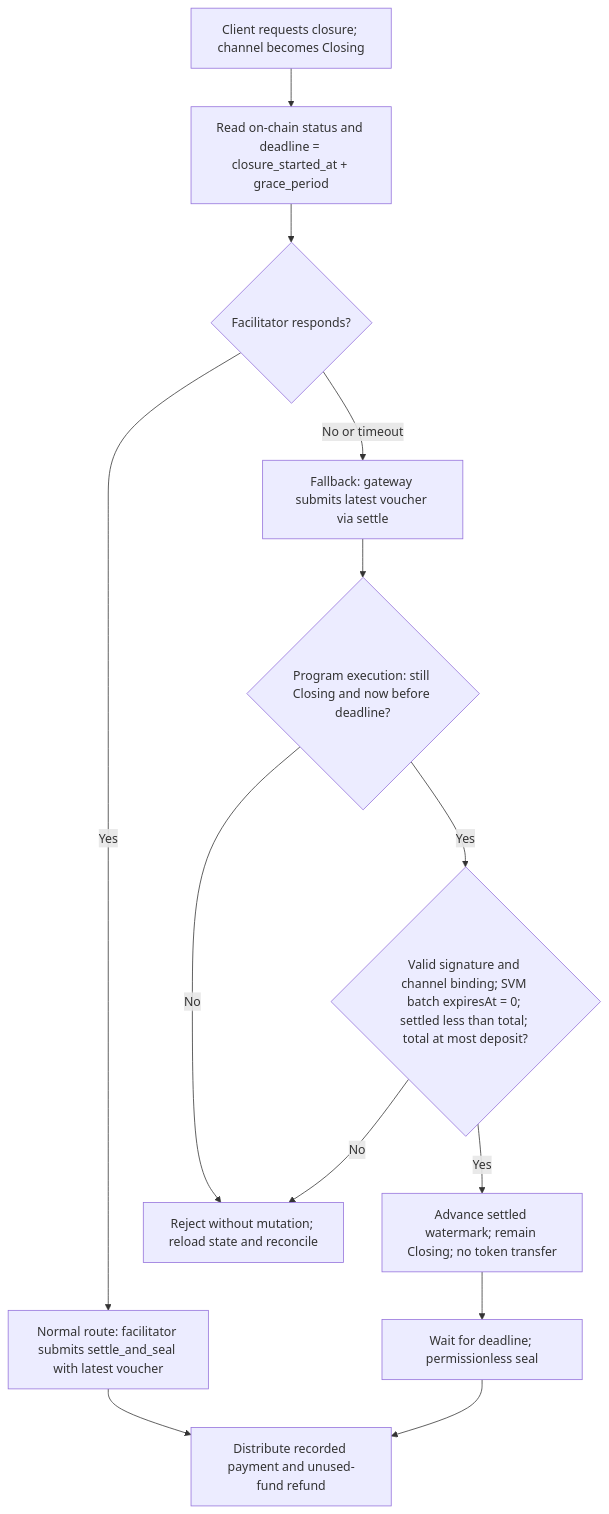
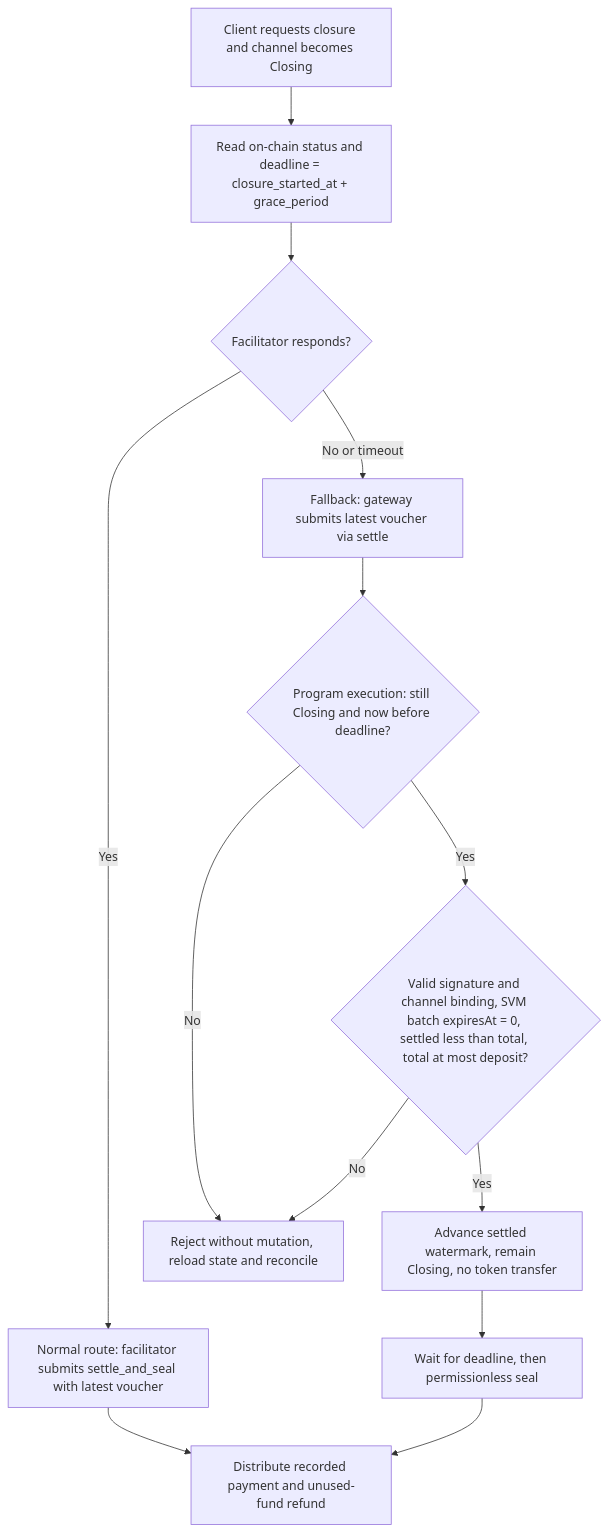
The second of 2 diagrams in docs/topics/closing-settlement/ARCHITECTURE.md (init-ikuya/x402-solana-demo), drawn with Mermaid before and after one commit. The commit also changed 3 other files, not shown here.

Commit message:
Fix Mermaid diagram text parsing

````diff
--- a/docs/topics/closing-settlement/ARCHITECTURE.md
+++ b/docs/topics/closing-settlement/ARCHITECTURE.md
@@ -86,21 +86,21 @@
 ```mermaid
 flowchart TD
-    Start["Client requests closure; channel becomes Closing"]
+    Start["Client requests closure and channel becomes Closing"]
     Deadline["Read on-chain status and deadline = closure_started_at + grace_period"]
     Available{"Facilitator responds?"}
     Normal["Normal route: facilitator submits settle_and_seal with latest voucher"]
     Direct["Fallback: gateway submits latest voucher via settle"]
     Gate{"Program execution: still Closing and now before deadline?"}
-    Voucher{"Valid signature and channel binding; SVM batch expiresAt = 0; settled less than total; total at most deposit?"}
-    Update["Advance settled watermark; remain Closing; no token transfer"]
-    Wait["Wait for deadline; permissionless seal"]
+    Voucher{"Valid signature and channel binding, SVM batch expiresAt = 0, settled less than total, total at most deposit?"}
+    Update["Advance settled watermark, remain Closing, no token transfer"]
+    Wait["Wait for deadline, then permissionless seal"]
     Dist["Distribute recorded payment and unused-fund refund"]
-    Reject["Reject without mutation; reload state and reconcile"]
+    Reject["Reject without mutation, reload state and reconcile"]
     Start --> Deadline --> Available
     Available -->|Yes| Normal --> Dist
     Available -->|No or timeout| Direct --> Gate
     Gate -->|Yes| Voucher
     Gate -->|No| Reject
     Voucher -->|Yes| Update --> Wait --> Dist
     Voucher -->|No| Reject
 ```
````
